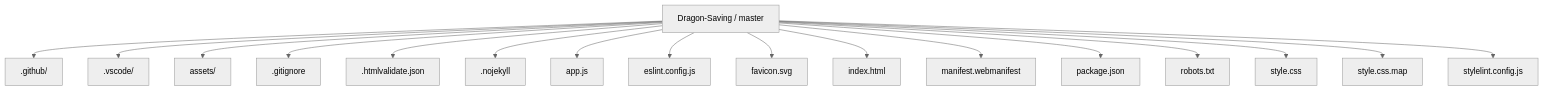
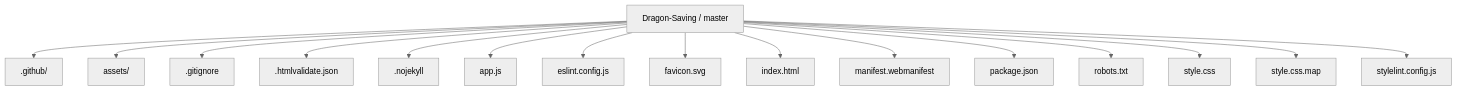
One commit to Nischhalsubba/Dragon-Saving changed the first of 5 diagrams in README.md. Above: the diagram before and after it, drawn with Mermaid (neutral theme). The commit also changed other lines of this file, not shown here.

````diff
--- a/README.md
+++ b/README.md
@@ -23,20 +55,19 @@
 ```mermaid
 flowchart TD
     ROOT["Dragon-Saving / master"]
     ROOT --> P0[".github/"]
-    ROOT --> P1[".vscode/"]
-    ROOT --> P2["assets/"]
-    ROOT --> P3[".gitignore"]
-    ROOT --> P4[".htmlvalidate.json"]
-    ROOT --> P5[".nojekyll"]
-    ROOT --> P6["app.js"]
-    ROOT --> P7["eslint.config.js"]
-    ROOT --> P8["favicon.svg"]
-    ROOT --> P9["index.html"]
-    ROOT --> P10["manifest.webmanifest"]
-    ROOT --> P11["package.json"]
-    ROOT --> P12["robots.txt"]
-    ROOT --> P13["style.css"]
-    ROOT --> P14["style.css.map"]
-    ROOT --> P15["stylelint.config.js"]
+    ROOT --> P1["assets/"]
+    ROOT --> P2[".gitignore"]
+    ROOT --> P3[".htmlvalidate.json"]
+    ROOT --> P4[".nojekyll"]
+    ROOT --> P5["app.js"]
+    ROOT --> P6["eslint.config.js"]
+    ROOT --> P7["favicon.svg"]
+    ROOT --> P8["index.html"]
+    ROOT --> P9["manifest.webmanifest"]
+    ROOT --> P10["package.json"]
+    ROOT --> P11["robots.txt"]
+    ROOT --> P12["style.css"]
+    ROOT --> P13["style.css.map"]
+    ROOT --> P14["stylelint.config.js"]
 ```
````
